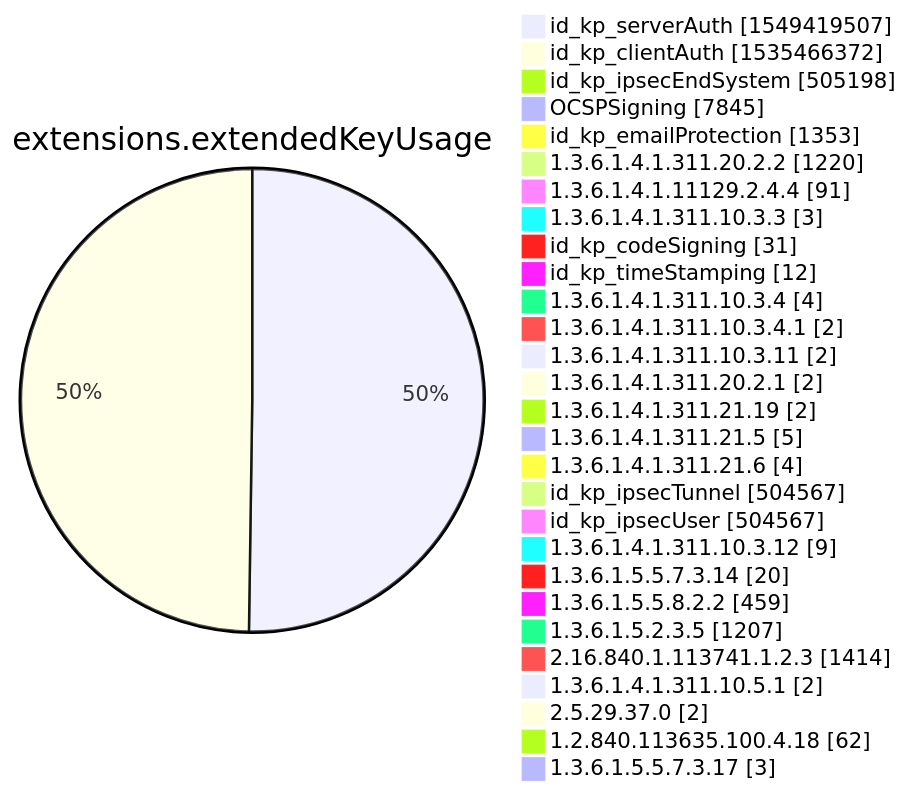
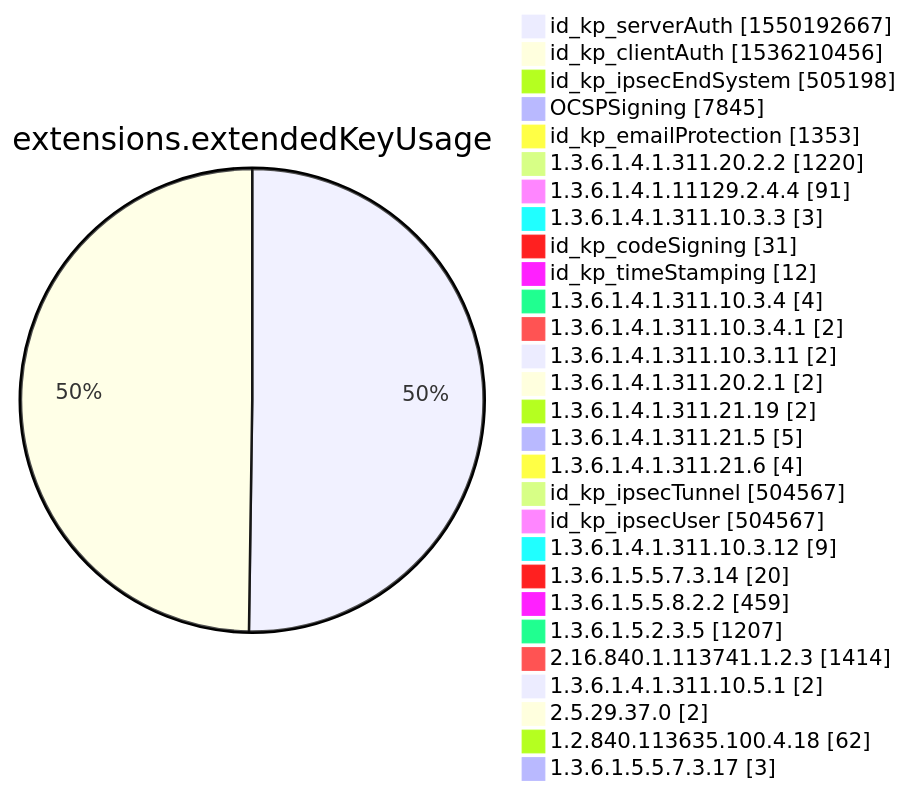
One commit to christiankrug/ctmonitor_visualization changed diagram 12 of 15 in xenon2022/README.md. Above: the diagram before and after it, drawn with Mermaid. The commit also changed other lines of this file, not shown here.

````diff
--- a/xenon2022/README.md
+++ b/xenon2022/README.md
@@ -3882,32 +3882,32 @@
 ```mermaid
 pie showData
 title extensions.extendedKeyUsage
-"id_kp_serverAuth" :1549419507
-"id_kp_clientAuth" :1535466372
+"id_kp_serverAuth" :1550192667
+"id_kp_clientAuth" :1536210456
 "id_kp_ipsecEndSystem" :505198
 "OCSPSigning" :7845
 "id_kp_emailProtection" :1353
 "1.3.6.1.4.1.311.20.2.2" :1220
 "1.3.6.1.4.1.11129.2.4.4" :91
 "1.3.6.1.4.1.311.10.3.3" :3
 "id_kp_codeSigning" :31
 "id_kp_timeStamping" :12
 "1.3.6.1.4.1.311.10.3.4" :4
 "1.3.6.1.4.1.311.10.3.4.1" :2
 "1.3.6.1.4.1.311.10.3.11" :2
 "1.3.6.1.4.1.311.20.2.1" :2
 "1.3.6.1.4.1.311.21.19" :2
 "1.3.6.1.4.1.311.21.5" :5
 "1.3.6.1.4.1.311.21.6" :4
 "id_kp_ipsecTunnel" :504567
 "id_kp_ipsecUser" :504567
 "1.3.6.1.4.1.311.10.3.12" :9
 "1.3.6.1.5.5.7.3.14" :20
 "1.3.6.1.5.5.8.2.2" :459
 "1.3.6.1.5.2.3.5" :1207
 "2.16.840.1.113741.1.2.3" :1414
 "1.3.6.1.4.1.311.10.5.1" :2
 "2.5.29.37.0" :2
 "1.2.840.113635.100.4.18" :62
 "1.3.6.1.5.5.7.3.17" :3
 ```
````
